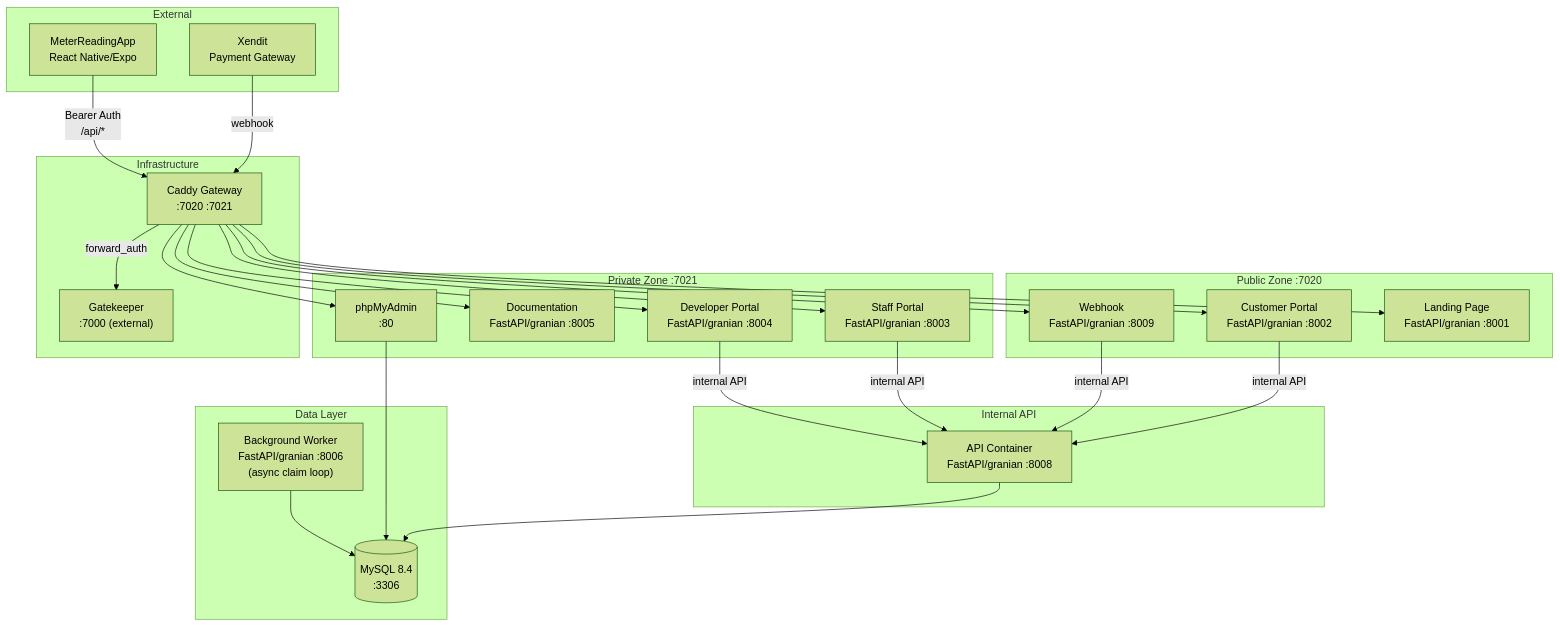
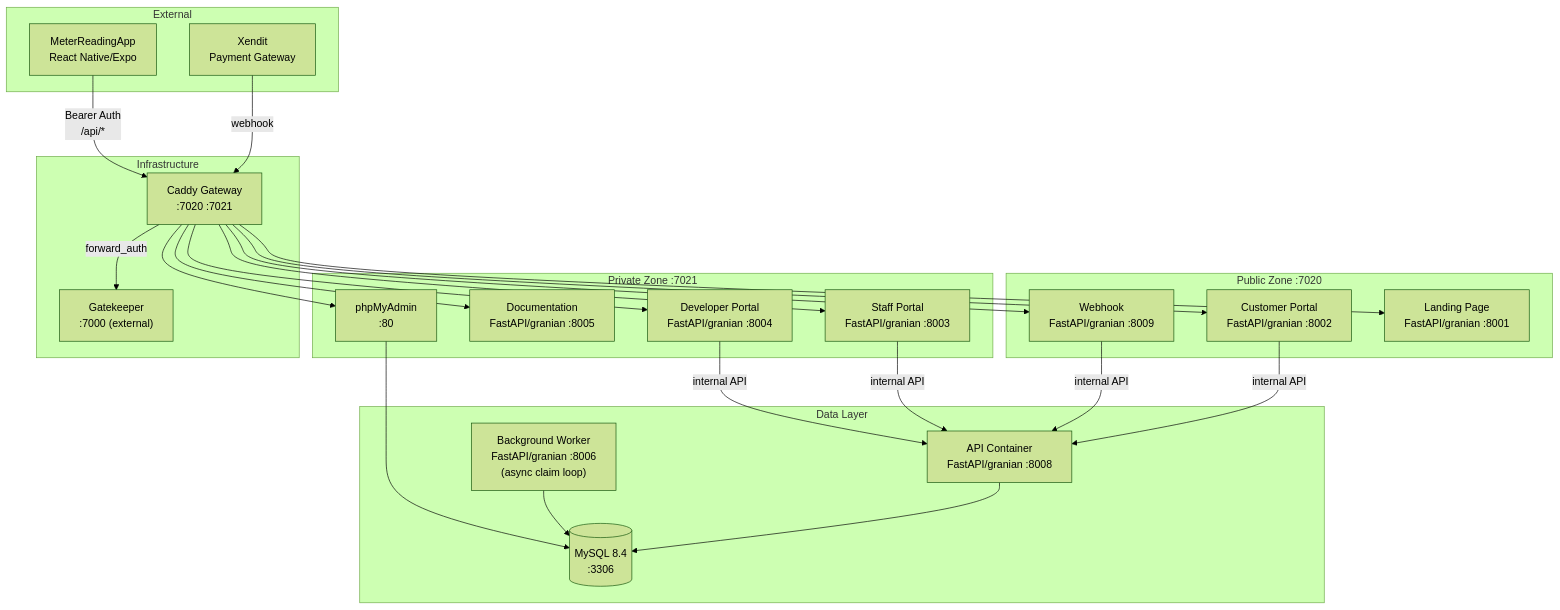
Before and after one commit to NovaProtocol/WaterBillingSystem: the first of 5 diagrams in documentation/docs/architecture.md, drawn with Mermaid (forest theme).

Commit message:
docs: unify API into Data Layer subgraph in high-level diagram

````diff
--- a/documentation/docs/architecture.md
+++ b/documentation/docs/architecture.md
@@ -7,56 +7,53 @@
 ```mermaid
 graph TB
     subgraph "Public Zone :7020"
         LAND["Landing Page<br/>FastAPI/granian :8001"]
         CP["Customer Portal<br/>FastAPI/granian :8002"]
         WH["Webhook<br/>FastAPI/granian :8009"]
     end
 
     subgraph "Private Zone :7021"
         SP["Staff Portal<br/>FastAPI/granian :8003"]
         DP["Developer Portal<br/>FastAPI/granian :8004"]
         DOC["Documentation<br/>FastAPI/granian :8005"]
         PMA["phpMyAdmin<br/>:80"]
     end
 
-    subgraph "Internal API"
+    subgraph "Data Layer"
         API["API Container<br/>FastAPI/granian :8008"]
-    end
-
-    subgraph "Data Layer"
         DB[("MySQL 8.4<br/>:3306")]
         WORKER["Background Worker<br/>FastAPI/granian :8006<br/>(async claim loop)"]
     end
 
     subgraph "Infrastructure"
         CAD["Caddy Gateway<br/>:7020 :7021"]
         GK["Gatekeeper<br/>:7000 (external)"]
     end
 
     subgraph "External"
         MOB["MeterReadingApp<br/>React Native/Expo"]
         XENDIT["Xendit<br/>Payment Gateway"]
     end
 
     CAD --> LAND
     CAD --> CP
     CAD --> WH
     CAD --> SP
     CAD --> DP
     CAD --> DOC
     CAD --> PMA
 
     CP -->|"internal API"| API
     SP -->|"internal API"| API
     DP -->|"internal API"| API
     WH -->|"internal API"| API
 
     API --> DB
     WORKER --> DB
     PMA --> DB
 
     CAD -->|"forward_auth"| GK
 
     MOB -->|"Bearer Auth<br/>/api/*"| CAD
     XENDIT -->|"webhook"| CAD
 ```
````
